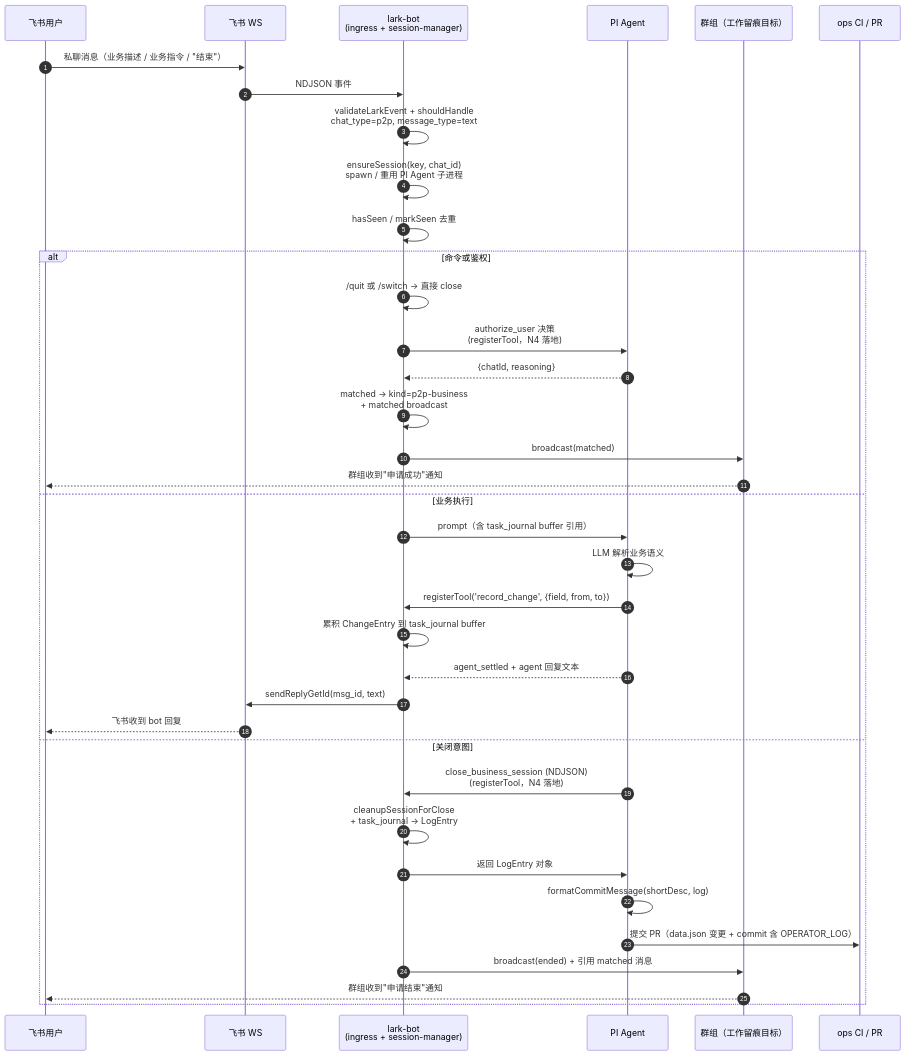
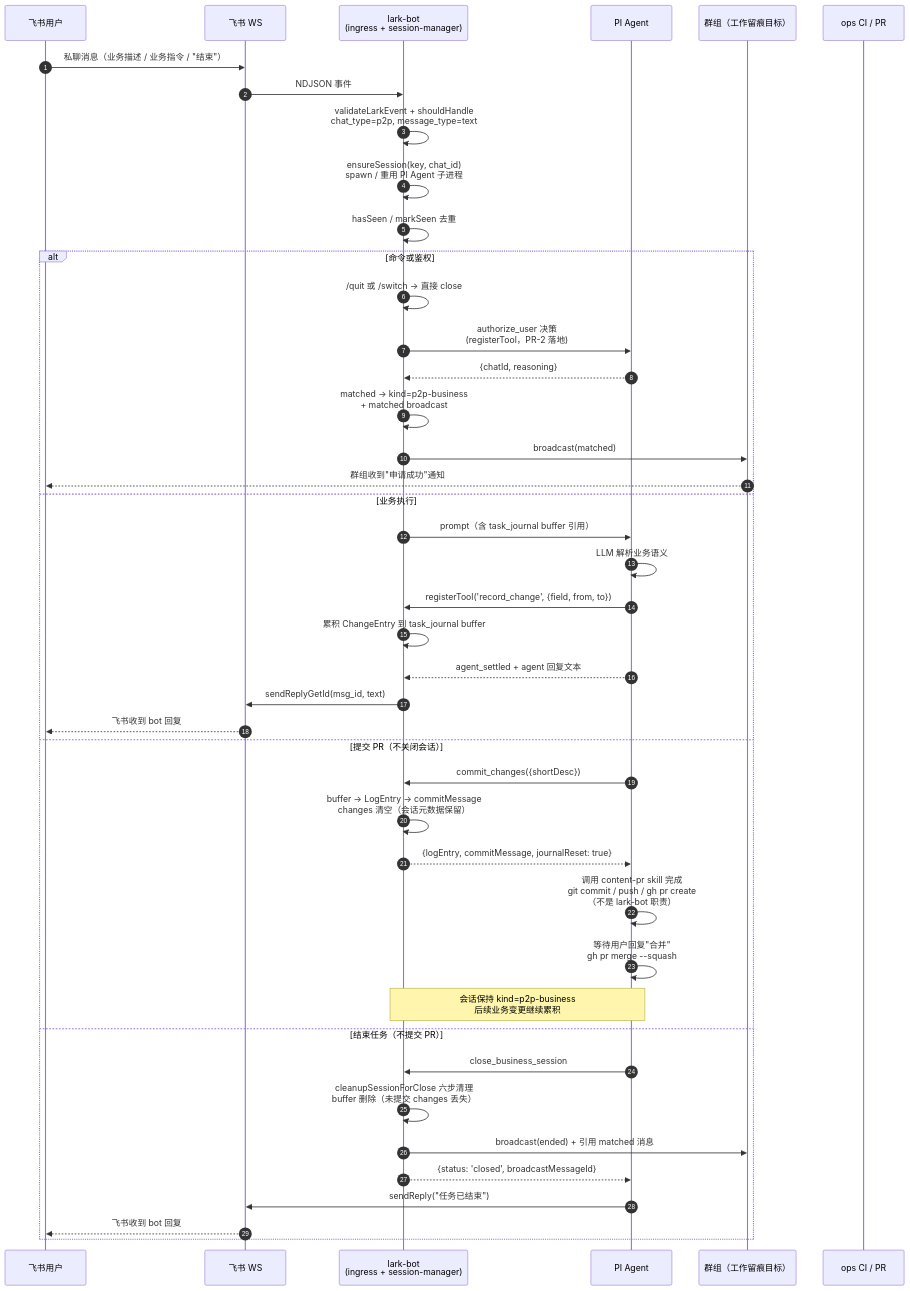
One commit to mmw-devs/ffxiv-race-stats changed the second of 5 diagrams in docs/lark-bot-business-flow.md. Above: the diagram before and after it, drawn with Mermaid. The commit also changed other lines of this file, not shown here.

First line of the commit message:
docs(lark-bot): 业务流图拆分提交 PR 与结束任务两个分支

````diff
--- a/docs/lark-bot-business-flow.md
+++ b/docs/lark-bot-business-flow.md
@@ -54,40 +54,46 @@
 ```mermaid
 sequenceDiagram
     autonumber
     participant U as 飞书用户
     participant FS as 飞书 WS
     participant LB as lark-bot<br/>(ingress + session-manager)
     participant A as PI Agent
     participant G as 群组（工作留痕目标）
     participant PR as ops CI / PR
 
     U->>FS: 私聊消息（业务描述 / 业务指令 / "结束"）
     FS->>LB: NDJSON 事件
     LB->>LB: validateLarkEvent + shouldHandle<br/>chat_type=p2p, message_type=text
     LB->>LB: ensureSession(key, chat_id)<br/>spawn / 重用 PI Agent 子进程
     LB->>LB: hasSeen / markSeen 去重
     alt 命令或鉴权
         LB->>LB: /quit 或 /switch → 直接 close
-        LB->>A: authorize_user 决策<br/>(registerTool，N4 落地)
+        LB->>A: authorize_user 决策<br/>(registerTool，PR-2 落地)
         A-->>LB: {chatId, reasoning}
         LB->>LB: matched → kind=p2p-business<br/>+ matched broadcast
         LB->>G: broadcast(matched)
         G-->>U: 群组收到"申请成功"通知
     else 业务执行
         LB->>A: prompt（含 task_journal buffer 引用）
         A->>A: LLM 解析业务语义
         A->>LB: registerTool('record_change', {field, from, to})
         LB->>LB: 累积 ChangeEntry 到 task_journal buffer
         A-->>LB: agent_settled + agent 回复文本
         LB->>FS: sendReplyGetId(msg_id, text)
         FS-->>U: 飞书收到 bot 回复
-    else 关闭意图
-        A->>LB: close_business_session (NDJSON)<br/>(registerTool，N4 落地)
-        LB->>LB: cleanupSessionForClose<br/>+ task_journal → LogEntry
-        LB->>A: 返回 LogEntry 对象
-        A->>A: formatCommitMessage(shortDesc, log)
-        A->>PR: 提交 PR（data.json 变更 + commit 含 OPERATOR_LOG）
+    else 提交 PR（不关闭会话）
+        A->>LB: commit_changes({shortDesc})
+        LB->>LB: buffer → LogEntry → commitMessage<br/>changes 清空（会话元数据保留）
+        LB-->>A: {logEntry, commitMessage, journalReset: true}
+        A->>A: 调用 content-pr skill 完成<br/>git commit / push / gh pr create<br/>（不是 lark-bot 职责）
+        A->>A: 等待用户回复"合并"<br/>gh pr merge --squash
+        Note over A,LB: 会话保持 kind=p2p-business<br/>后续业务变更继续累积
+    else 结束任务（不提交 PR）
+        A->>LB: close_business_session
+        LB->>LB: cleanupSessionForClose 六步清理<br/>buffer 删除（未提交 changes 丢失）
         LB->>G: broadcast(ended) + 引用 matched 消息
-        G-->>U: 群组收到"申请结束"通知
+        LB-->>A: {status: 'closed', broadcastMessageId}
+        A->>FS: sendReply("任务已结束")
+        FS-->>U: 飞书收到 bot 回复
     end
 ```
````
